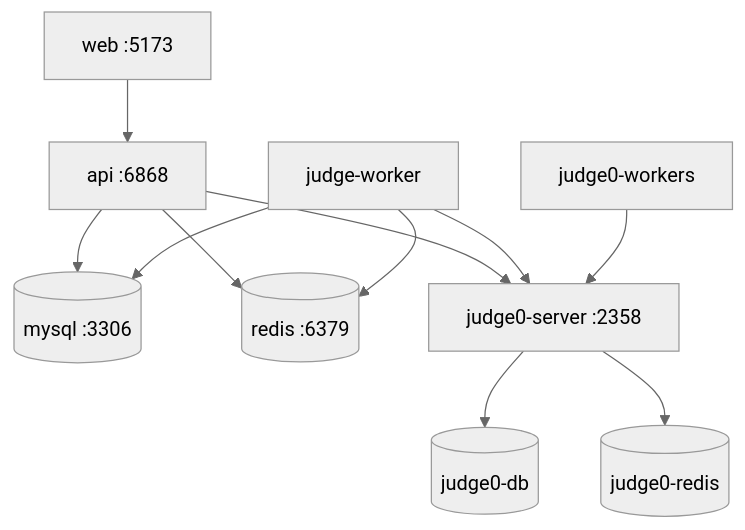
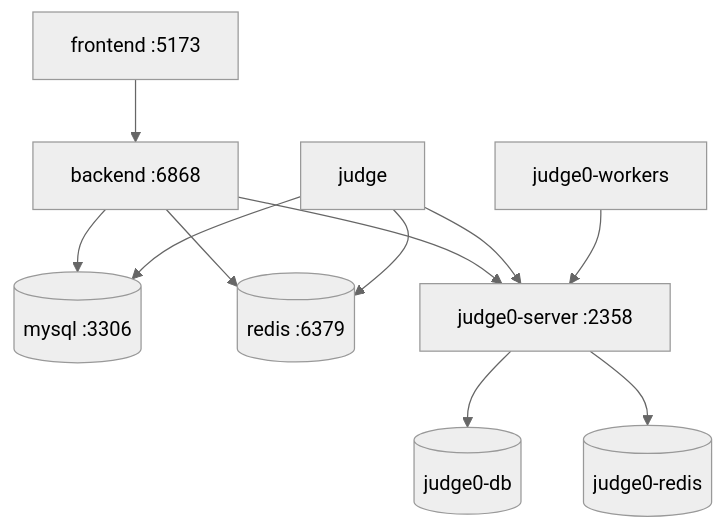
Before and after one commit to jack1e2401/fessior: the diagram in docs/deployment.md, drawn with Mermaid (neutral theme). The commit also changed other lines of this file and 202 other files, not shown here.

````diff
--- a/docs/deployment.md
+++ b/docs/deployment.md
@@ -11,13 +11,13 @@
 ```mermaid
 flowchart TB
-  Web[web :5173] --> API[api :6868]
-  API --> MySQL[(mysql :3306)]
-  API --> Redis[(redis :6379)]
-  API --> Judge0[judge0-server :2358]
-  Worker[judge-worker] --> MySQL
-  Worker --> Redis
-  Worker --> Judge0
+  Frontend[frontend :5173] --> Backend[backend :6868]
+  Backend --> MySQL[(mysql :3306)]
+  Backend --> Redis[(redis :6379)]
+  Backend --> Judge0[judge0-server :2358]
+  Judge[judge] --> MySQL
+  Judge --> Redis
+  Judge --> Judge0
   Judge0 --> JDB[(judge0-db)]
   Judge0 --> JRedis[(judge0-redis)]
   Judge0Workers[judge0-workers] --> Judge0
 ```
````
